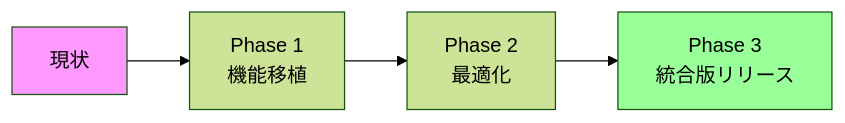
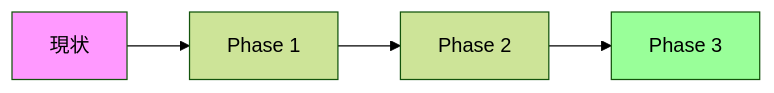
One commit to nakashima2toshio/openai_rag_qa_jp changed the fourth of 5 diagrams in doc/coverage_feature_comparison.md. Above: the diagram before and after it, drawn with Mermaid (forest theme). The commit also changed other lines of this file and 30 other files, not shown here.

````diff
--- a/doc/coverage_feature_comparison.md
+++ b/doc/coverage_feature_comparison.md
@@ -317,9 +323,9 @@
 ```mermaid
 graph LR
-    A[現状] --> B[Phase 1<br/>機能移植]
-    B --> C[Phase 2<br/>最適化]
-    C --> D[Phase 3<br/>統合版リリース]
+    A[現状] --> B[Phase 1]
+    B --> C[Phase 2]
+    C --> D[Phase 3]
 
     style A fill:#f9f
     style D fill:#9f9
 ```
````
